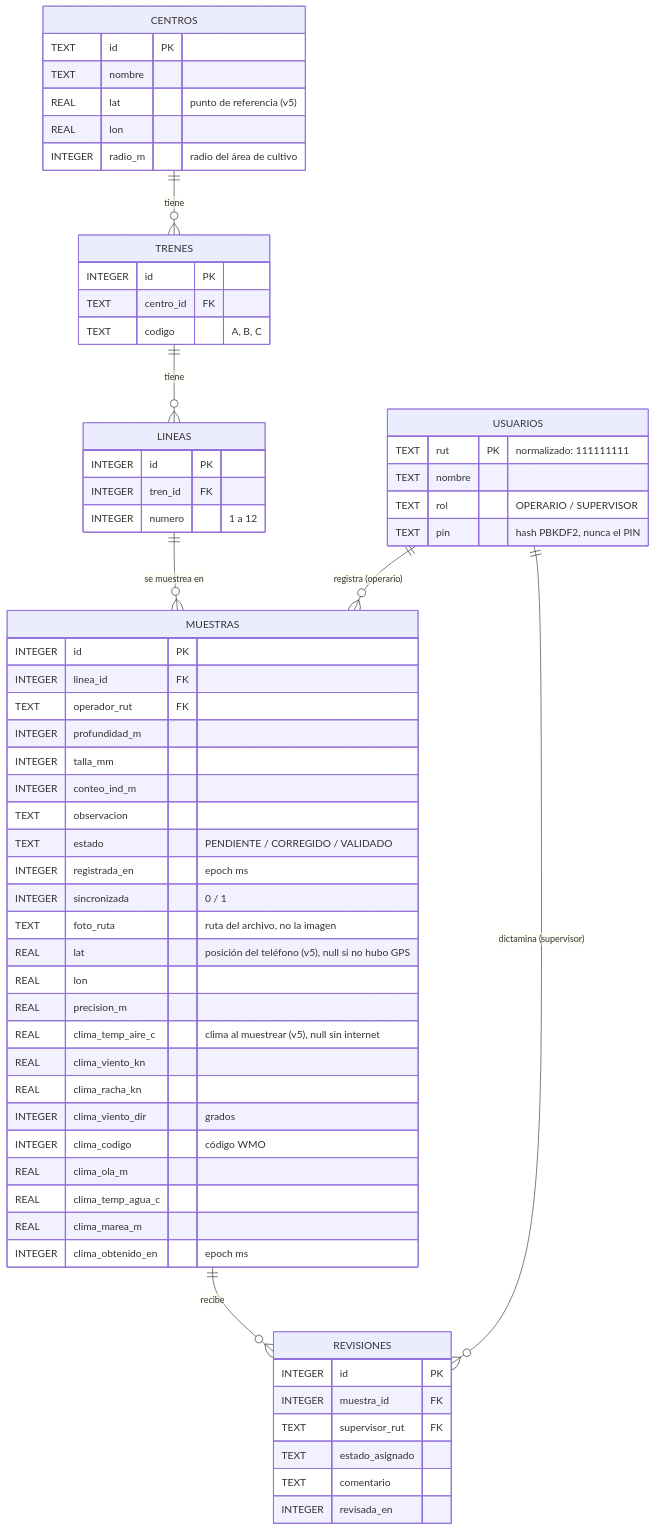
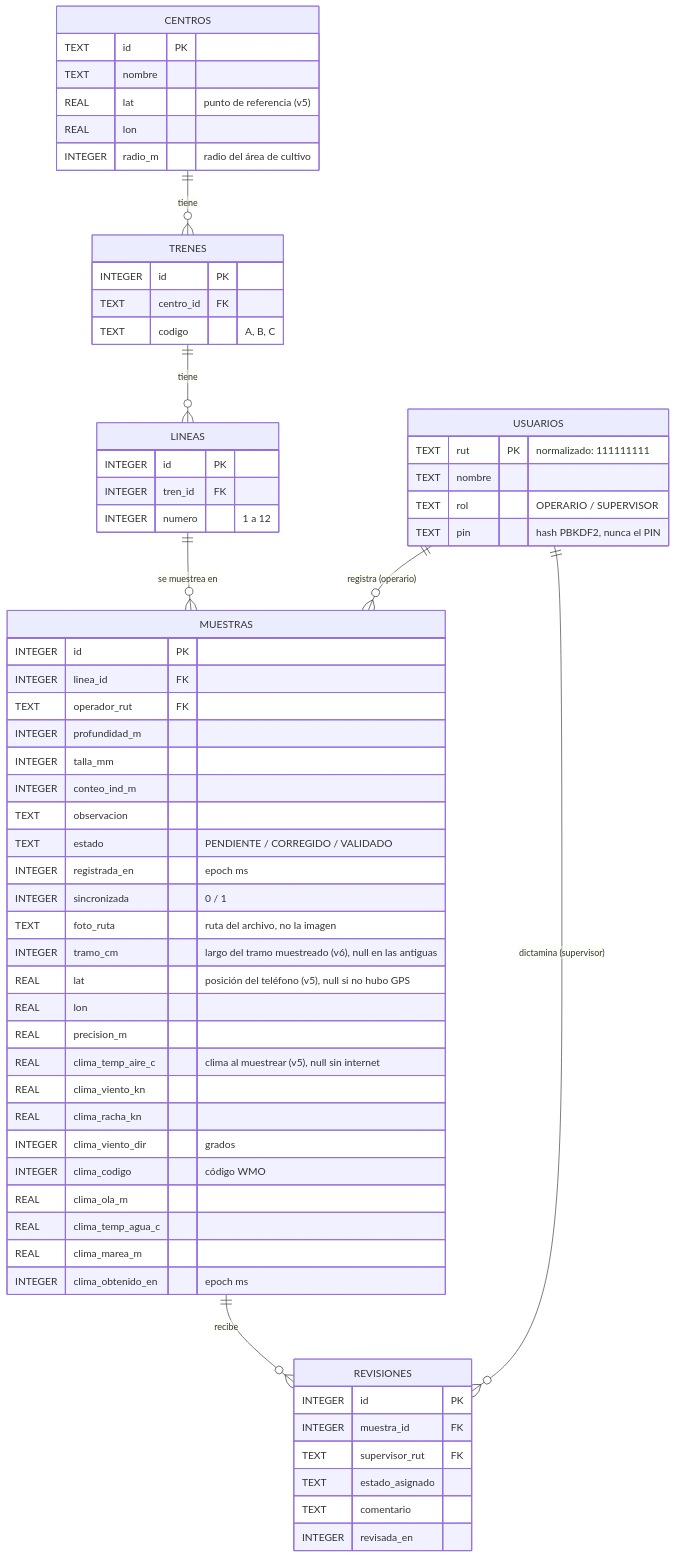
The diagram in docs/base-de-datos.md (jesuscardenas-jacv1/MusselApp-Nube), drawn with Mermaid before and after one commit. The commit also changed other lines of this file, not shown here.

First line of the commit message:
docs: tramo_cm y migración a la versión 6 en el modelo de datos

````diff
--- a/docs/base-de-datos.md
+++ b/docs/base-de-datos.md
@@ -9,66 +9,67 @@
 ```mermaid
 erDiagram
     CENTROS ||--o{ TRENES : tiene
     TRENES ||--o{ LINEAS : tiene
     LINEAS ||--o{ MUESTRAS : "se muestrea en"
     USUARIOS ||--o{ MUESTRAS : "registra (operario)"
     MUESTRAS ||--o{ REVISIONES : "recibe"
     USUARIOS ||--o{ REVISIONES : "dictamina (supervisor)"
 
     CENTROS {
         TEXT id PK
         TEXT nombre
         REAL lat "punto de referencia (v5)"
         REAL lon
         INTEGER radio_m "radio del área de cultivo"
     }
     TRENES {
         INTEGER id PK
         TEXT centro_id FK
         TEXT codigo "A, B, C"
     }
     LINEAS {
         INTEGER id PK
         INTEGER tren_id FK
         INTEGER numero "1 a 12"
     }
     USUARIOS {
         TEXT rut PK "normalizado: 111111111"
         TEXT nombre
         TEXT rol "OPERARIO / SUPERVISOR"
         TEXT pin "hash PBKDF2, nunca el PIN"
     }
     MUESTRAS {
         INTEGER id PK
         INTEGER linea_id FK
         TEXT operador_rut FK
         INTEGER profundidad_m
         INTEGER talla_mm
         INTEGER conteo_ind_m
         TEXT observacion
         TEXT estado "PENDIENTE / CORREGIDO / VALIDADO"
         INTEGER registrada_en "epoch ms"
         INTEGER sincronizada "0 / 1"
         TEXT foto_ruta "ruta del archivo, no la imagen"
+        INTEGER tramo_cm "largo del tramo muestreado (v6), null en las antiguas"
         REAL lat "posición del teléfono (v5), null si no hubo GPS"
         REAL lon
         REAL precision_m
         REAL clima_temp_aire_c "clima al muestrear (v5), null sin internet"
         REAL clima_viento_kn
         REAL clima_racha_kn
         INTEGER clima_viento_dir "grados"
         INTEGER clima_codigo "código WMO"
         REAL clima_ola_m
         REAL clima_temp_agua_c
         REAL clima_marea_m
         INTEGER clima_obtenido_en "epoch ms"
     }
     REVISIONES {
         INTEGER id PK
         INTEGER muestra_id FK
         TEXT supervisor_rut FK
         TEXT estado_asignado
         TEXT comentario
         INTEGER revisada_en
     }
 ```
````
